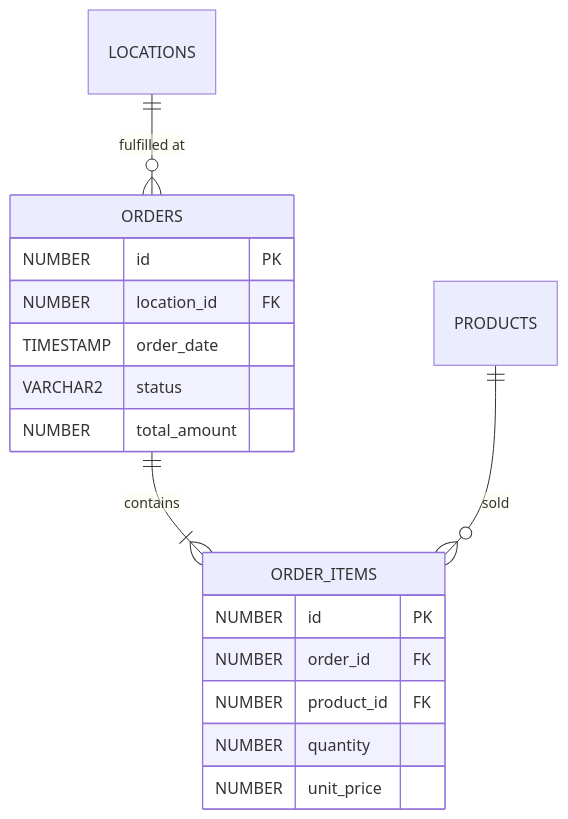
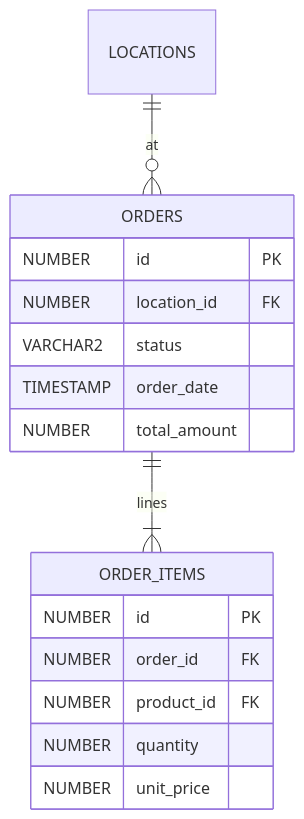
Before and after one commit to kirtika-0102/StockSmart: the seventh of 9 diagrams in docs/database.md, drawn with Mermaid. The commit also changed other lines of this file and 74 other files, not shown here.

Commit message:
architecture of application

````diff
--- a/docs/database.md
+++ b/docs/database.md
@@ -323,21 +210,20 @@
 ```mermaid
 erDiagram
-    LOCATIONS ||--o{ ORDERS : "fulfilled at"
-    ORDERS ||--|{ ORDER_ITEMS : "contains"
-    PRODUCTS ||--o{ ORDER_ITEMS : "sold"
+    LOCATIONS ||--o{ ORDERS : at
+    ORDERS ||--|{ ORDER_ITEMS : lines
 
     ORDERS {
         NUMBER id PK
         NUMBER location_id FK
+        VARCHAR2 status
         TIMESTAMP order_date
-        VARCHAR2 status
         NUMBER total_amount
     }
     ORDER_ITEMS {
         NUMBER id PK
         NUMBER order_id FK
         NUMBER product_id FK
         NUMBER quantity
         NUMBER unit_price
     }
 ```
````
